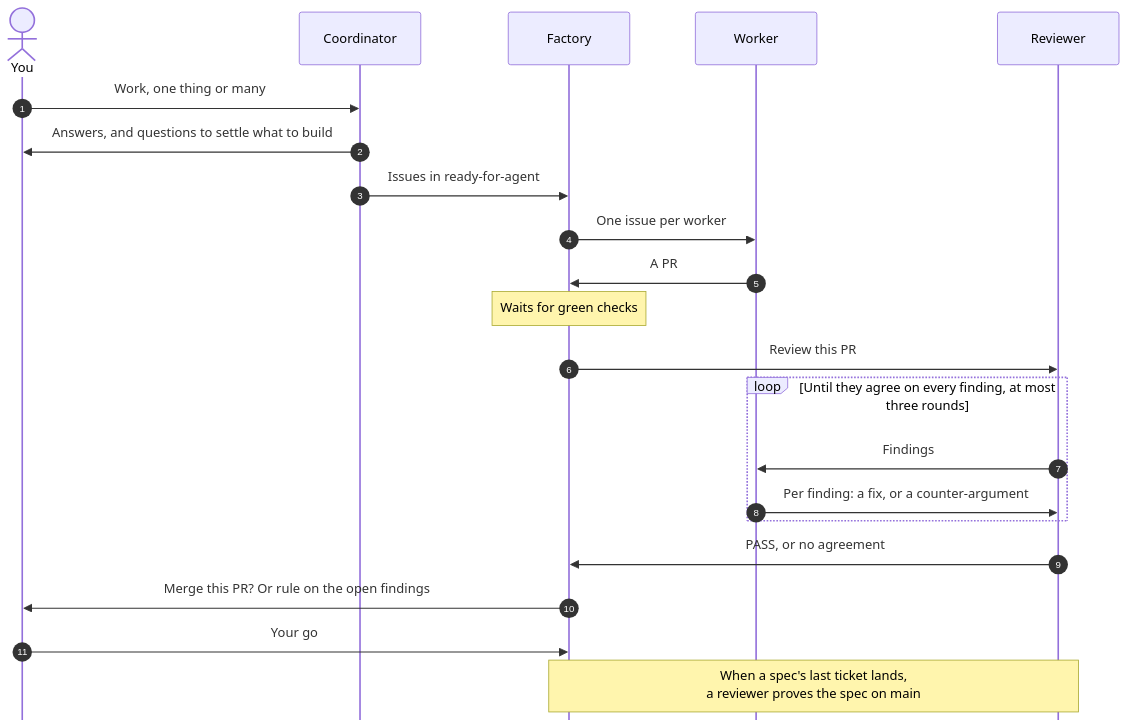
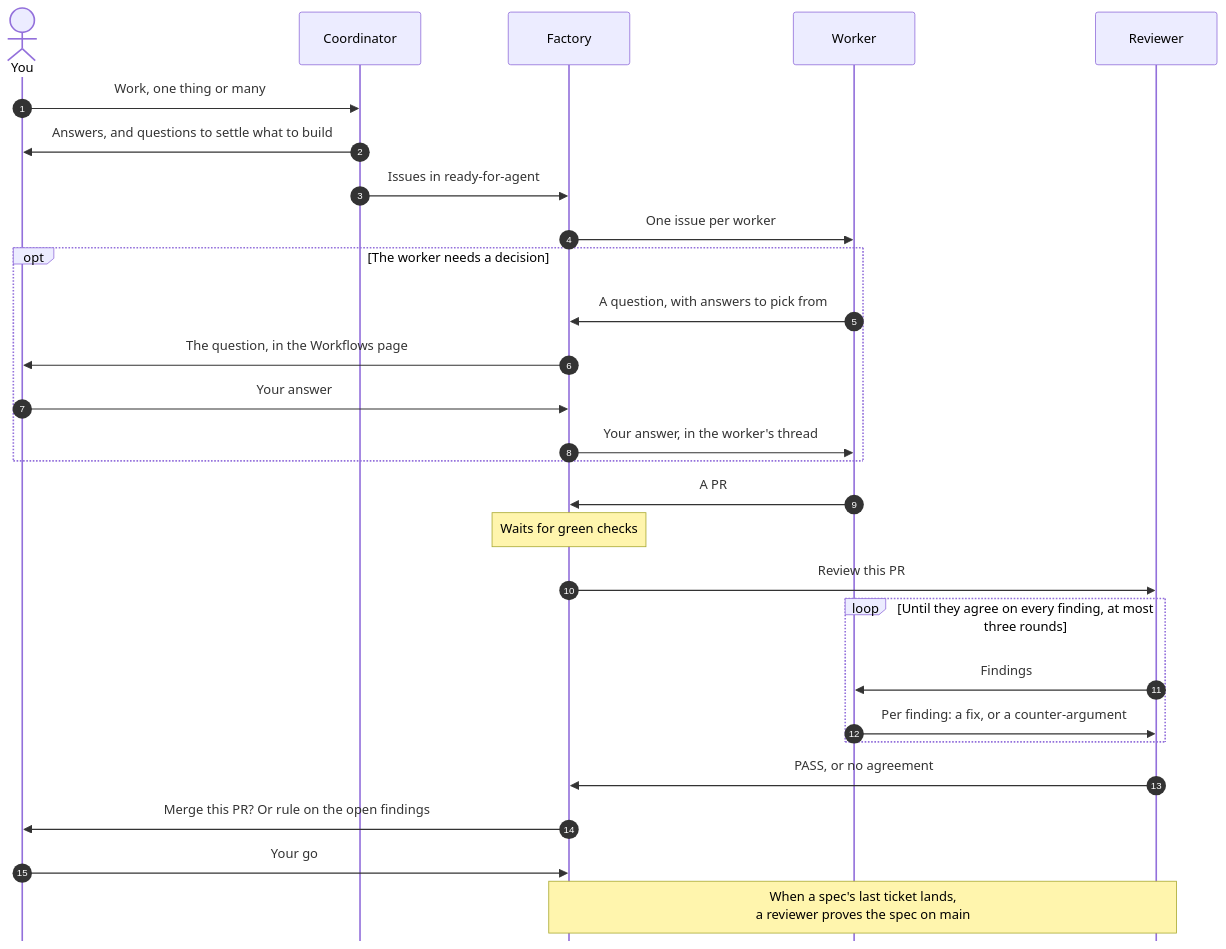
The diagram in README.md (dante-sparras/skills), drawn with Mermaid before and after one commit. The commit also changed other lines of this file and 8 other files, not shown here.

````diff
--- a/README.md
+++ b/README.md
@@ -18,26 +34,32 @@
 ```mermaid
 %%{init: {"sequence": {"mirrorActors": false}}}%%
 sequenceDiagram
     autonumber
     actor You
     participant C as Coordinator
     participant F as Factory
     participant W as Worker
     participant R as Reviewer
 
     You->>C: Work, one thing or many
     C->>You: Answers, and questions to settle what to build
     C->>F: Issues in ready-for-agent
     F->>W: One issue per worker
+    opt The worker needs a decision
+        W->>F: A question, with answers to pick from
+        F->>You: The question, in the Workflows page
+        You->>F: Your answer
+        F->>W: Your answer, in the worker's thread
+    end
     W->>F: A PR
     Note over F: Waits for green checks
     F->>R: Review this PR
     loop Until they agree on every finding, at most three rounds
         R->>W: Findings
         W->>R: Per finding: a fix, or a counter-argument
     end
     R->>F: PASS, or no agreement
     F->>You: Merge this PR? Or rule on the open findings
     You->>F: Your go
     Note over F,R: When a spec's last ticket lands,<br/>a reviewer proves the spec on main
 ```
````
